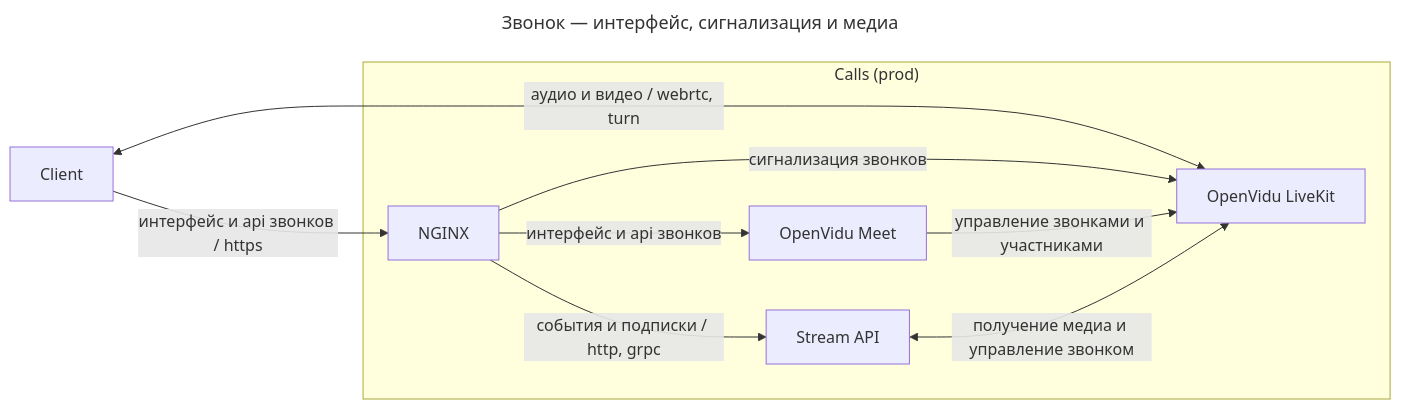
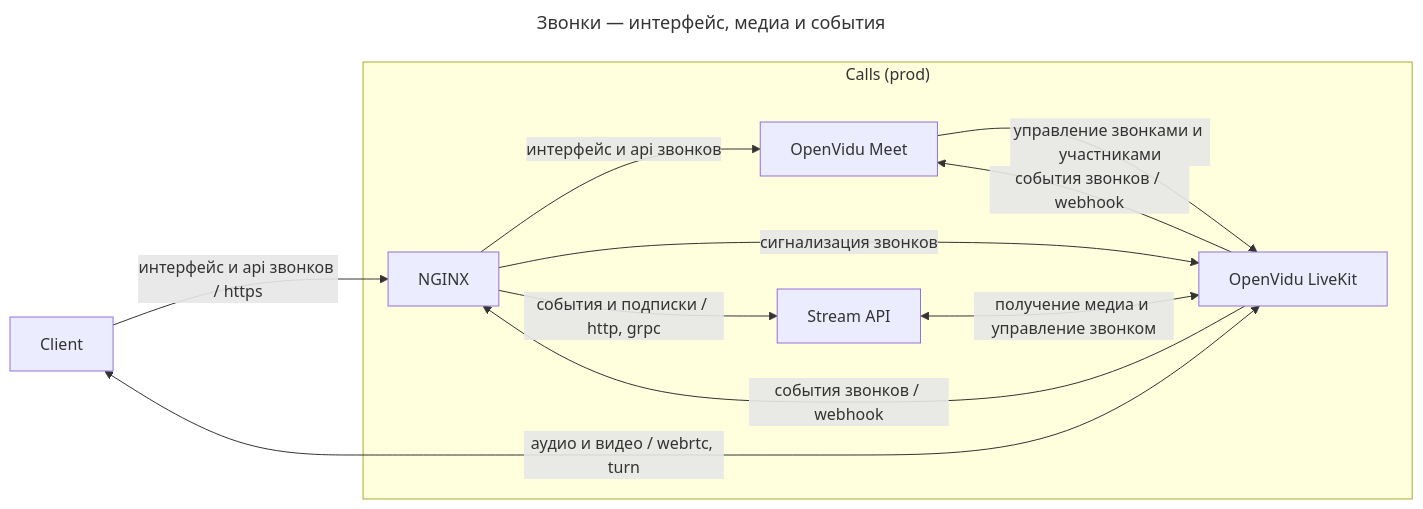
One commit to dwspurpleteam/deployer changed the first of 3 diagrams in README.md. Above: the diagram before and after it, drawn with Mermaid. The commit also changed other lines of this file, not shown here.

Commit message:
Combine architecture diagrams

````diff
--- a/README.md
+++ b/README.md
@@ -12,15 +12,18 @@
 ```mermaid
 ---
-title: Звонок — интерфейс, сигнализация и медиа
+title: Звонки — интерфейс, медиа и события
 ---
 flowchart LR
   browser[Client] -->|интерфейс и api звонков / https| proxy
   browser <-->|аудио и видео / webrtc, turn| openvidu
+
   subgraph calls_prod["Calls (prod)"]
     proxy[NGINX] -->|интерфейс и api звонков| meet[OpenVidu Meet]
     proxy -->|сигнализация звонков| openvidu[OpenVidu LiveKit]
     proxy -->|события и подписки / http, grpc| streamapi[Stream API]
     meet -->|управление звонками и участниками| openvidu
+    openvidu -->|события звонков / webhook| meet
+    openvidu -->|события звонков / webhook| proxy
     streamapi <-->|получение медиа и управление звонком| openvidu
   end
 ```
````
